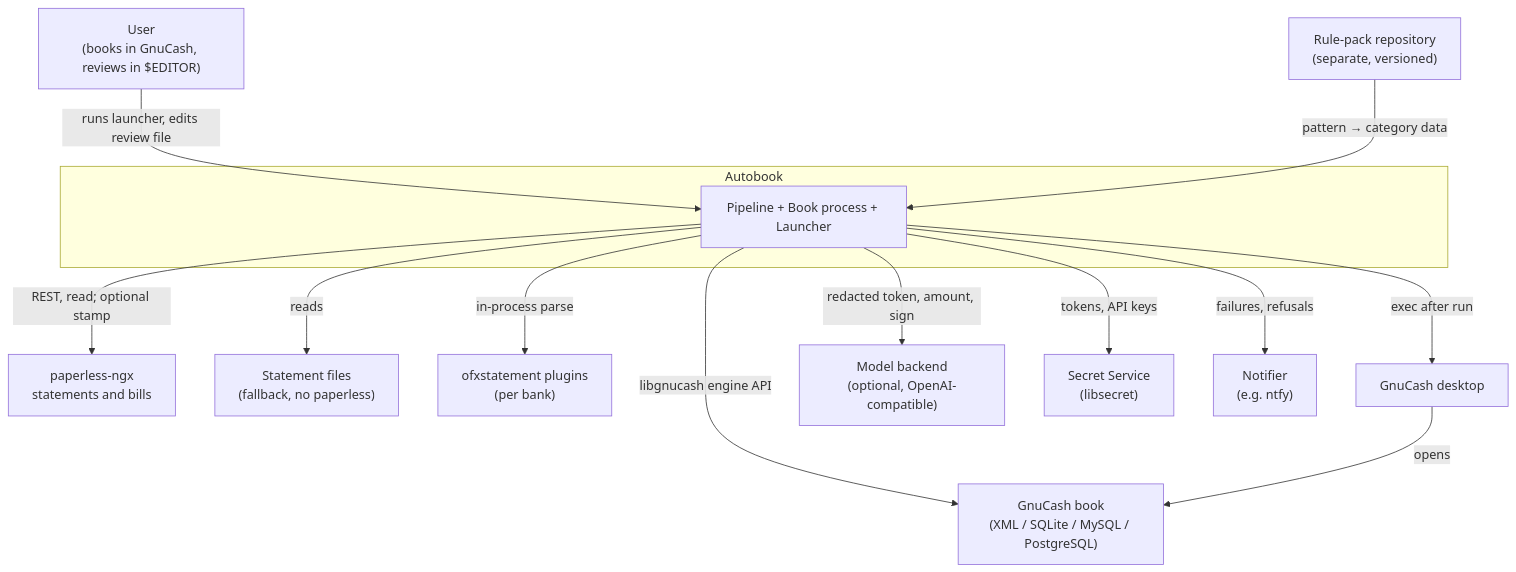
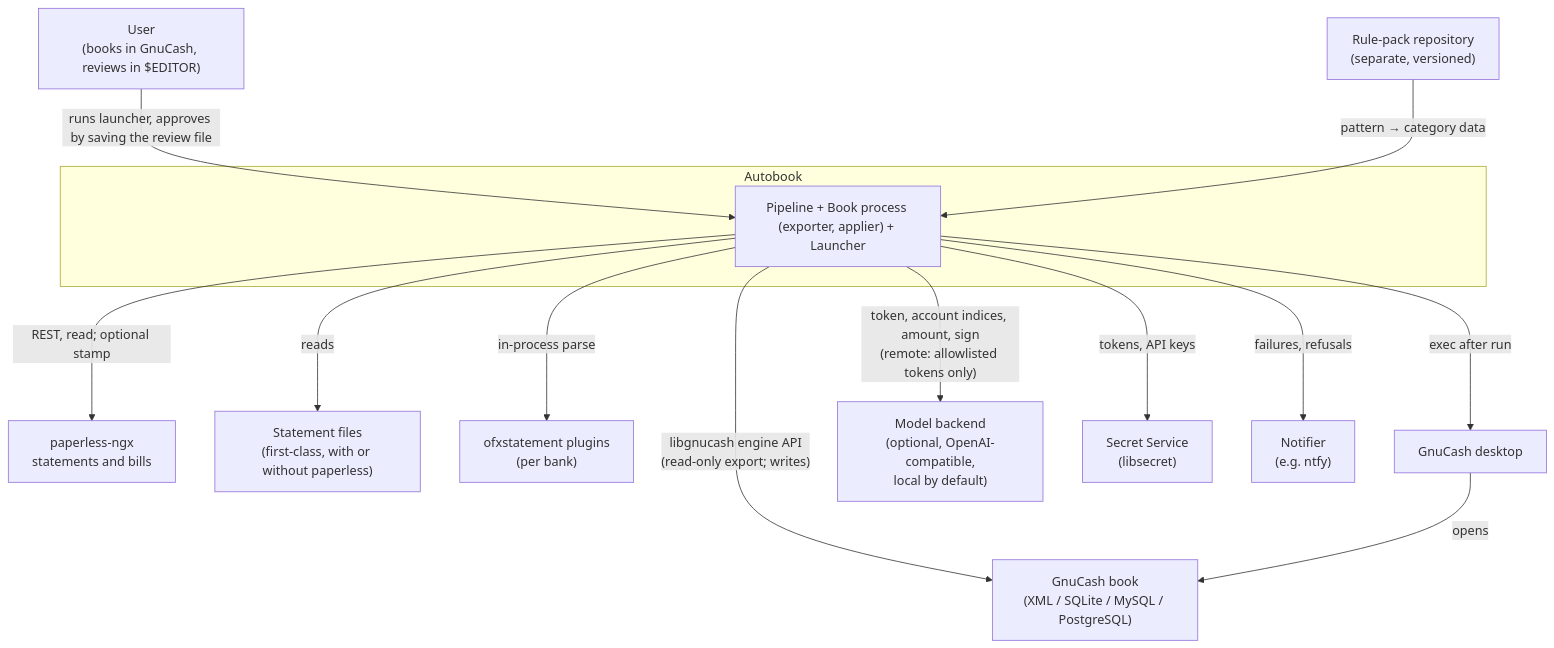
One commit to Ralphovi/autobook changed the diagram in docs/design/architecture/diagrams/c4-context.mermaid. Above: the diagram before and after it, drawn with Mermaid. The commit also changed 17 other files, not shown here.

First line of the commit message:
docs: align the architecture description with the review fixes

```diff
--- a/docs/design/architecture/diagrams/c4-context.mermaid
+++ b/docs/design/architecture/diagrams/c4-context.mermaid
@@ -1,30 +1,30 @@
 %% C4 Level 1 — System context
 %% Diagrams as code. Render with any Mermaid renderer.
 graph TB
     user["User<br/>(books in GnuCash, reviews in $EDITOR)"]
 
     subgraph autobook["Autobook"]
-        sys["Pipeline + Book process + Launcher"]
+        sys["Pipeline + Book process (exporter, applier) + Launcher"]
     end
 
     paperless["paperless-ngx<br/>statements and bills"]
-    files["Statement files<br/>(fallback, no paperless)"]
+    files["Statement files<br/>(first-class, with or without paperless)"]
     plugins["ofxstatement plugins<br/>(per bank)"]
     book["GnuCash book<br/>(XML / SQLite / MySQL / PostgreSQL)"]
     gui["GnuCash desktop"]
-    model["Model backend<br/>(optional, OpenAI-compatible)"]
+    model["Model backend<br/>(optional, OpenAI-compatible,<br/>local by default)"]
     secrets["Secret Service<br/>(libsecret)"]
     notify["Notifier<br/>(e.g. ntfy)"]
     packs["Rule-pack repository<br/>(separate, versioned)"]
 
-    user -->|"runs launcher, edits review file"| sys
+    user -->|"runs launcher, approves by saving the review file"| sys
     sys -->|"REST, read; optional stamp"| paperless
     sys -->|"reads"| files
     sys -->|"in-process parse"| plugins
-    sys -->|"libgnucash engine API"| book
+    sys -->|"libgnucash engine API<br/>(read-only export; writes)"| book
     sys -->|"exec after run"| gui
     gui -->|"opens"| book
-    sys -->|"redacted token, amount, sign"| model
+    sys -->|"token, account indices, amount, sign<br/>(remote: allowlisted tokens only)"| model
     sys -->|"tokens, API keys"| secrets
     sys -->|"failures, refusals"| notify
     packs -->|"pattern → category data"| sys
```
